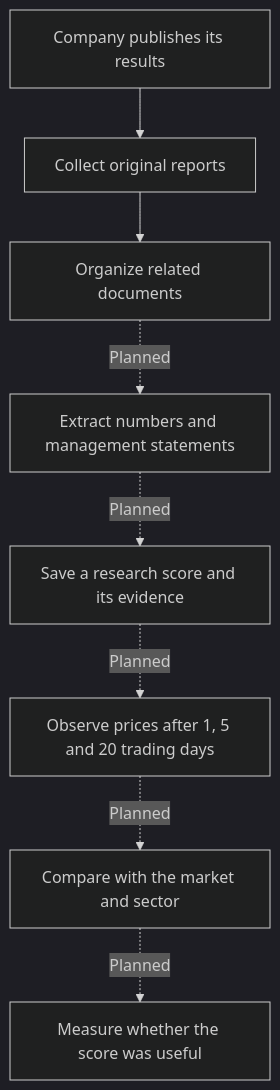
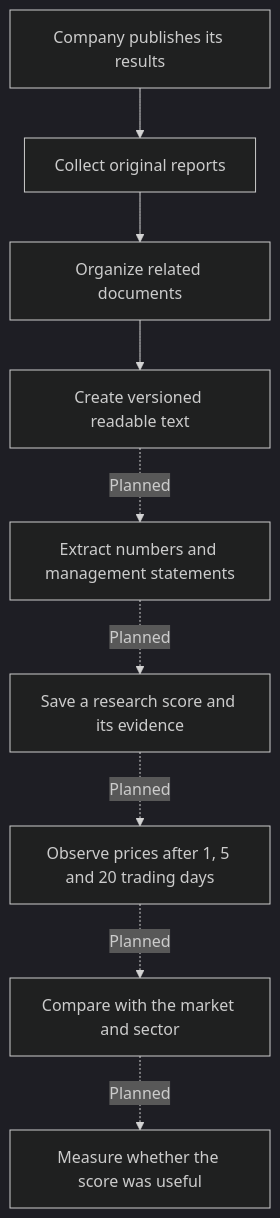
One commit to thstamod/chiron-core changed the first of 13 diagrams in docs/visual-guide.md. Above: the diagram before and after it, drawn with Mermaid (dark theme). The commit also changed other lines of this file and 17 other files, not shown here.

Commit message:
feat(worker): add versioned SEC document text extraction

````diff
--- a/docs/visual-guide.md
+++ b/docs/visual-guide.md
@@ -11,10 +11,11 @@
 ```mermaid
 flowchart TD
     A[Company publishes its results] --> B[Collect original reports]
     B --> C[Organize related documents]
-    C -. Planned .-> D[Extract numbers and management statements]
+    C --> T[Create versioned readable text]
+    T -. Planned .-> D[Extract numbers and management statements]
     D -. Planned .-> E[Save a research score and its evidence]
     E -. Planned .-> F[Observe prices after 1, 5 and 20 trading days]
     F -. Planned .-> G[Compare with the market and sector]
     G -. Planned .-> H[Measure whether the score was useful]
 ```
````
